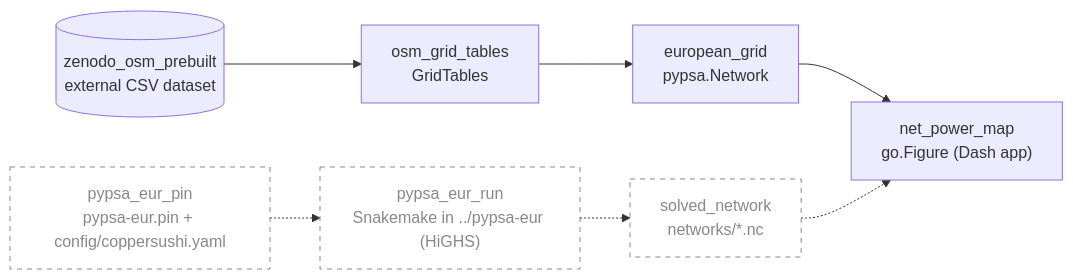
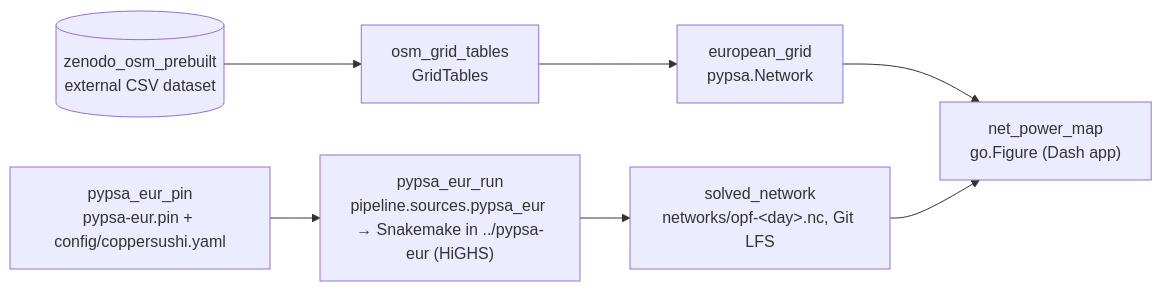
One commit to zoltanmaric/coppersushi changed the diagram in wiki/sushi-2.md. Above: the diagram before and after it, drawn with Mermaid. The commit also changed 15 other files, not shown here.

First line of the commit message:
Solve a day on the OSM grid through a pinned PyPSA-Eur sibling

````diff
--- a/wiki/sushi-2.md
+++ b/wiki/sushi-2.md
@@ -16,21 +16,21 @@
 ```mermaid
 flowchart LR
     classDef planned stroke-dasharray: 5 5,stroke:#888,color:#888,fill:none
 
     zenodo_osm_prebuilt[("zenodo_osm_prebuilt<br/>external CSV dataset")]
     osm_grid_tables["osm_grid_tables<br/>GridTables"]
     european_grid["european_grid<br/>pypsa.Network"]
     net_power_map["net_power_map<br/>go.Figure (Dash app)"]
 
-    pypsa_eur_pin["pypsa_eur_pin<br/>pypsa-eur.pin + config/coppersushi.yaml"]:::planned
-    pypsa_eur_run["pypsa_eur_run<br/>Snakemake in ../pypsa-eur (HiGHS)"]:::planned
-    solved_network["solved_network<br/>networks/*.nc"]:::planned
+    pypsa_eur_pin["pypsa_eur_pin<br/>pypsa-eur.pin + config/coppersushi.yaml"]
+    pypsa_eur_run["pypsa_eur_run<br/>pipeline.sources.pypsa_eur → Snakemake in ../pypsa-eur (HiGHS)"]
+    solved_network["solved_network<br/>networks/opf-&lt;day&gt;.nc, Git LFS"]
 
     zenodo_osm_prebuilt --> osm_grid_tables
     osm_grid_tables --> european_grid
     european_grid --> net_power_map
 
-    pypsa_eur_pin -.-> pypsa_eur_run
-    pypsa_eur_run -.-> solved_network
-    solved_network -.-> net_power_map
+    pypsa_eur_pin --> pypsa_eur_run
+    pypsa_eur_run --> solved_network
+    solved_network --> net_power_map
 ```
````
